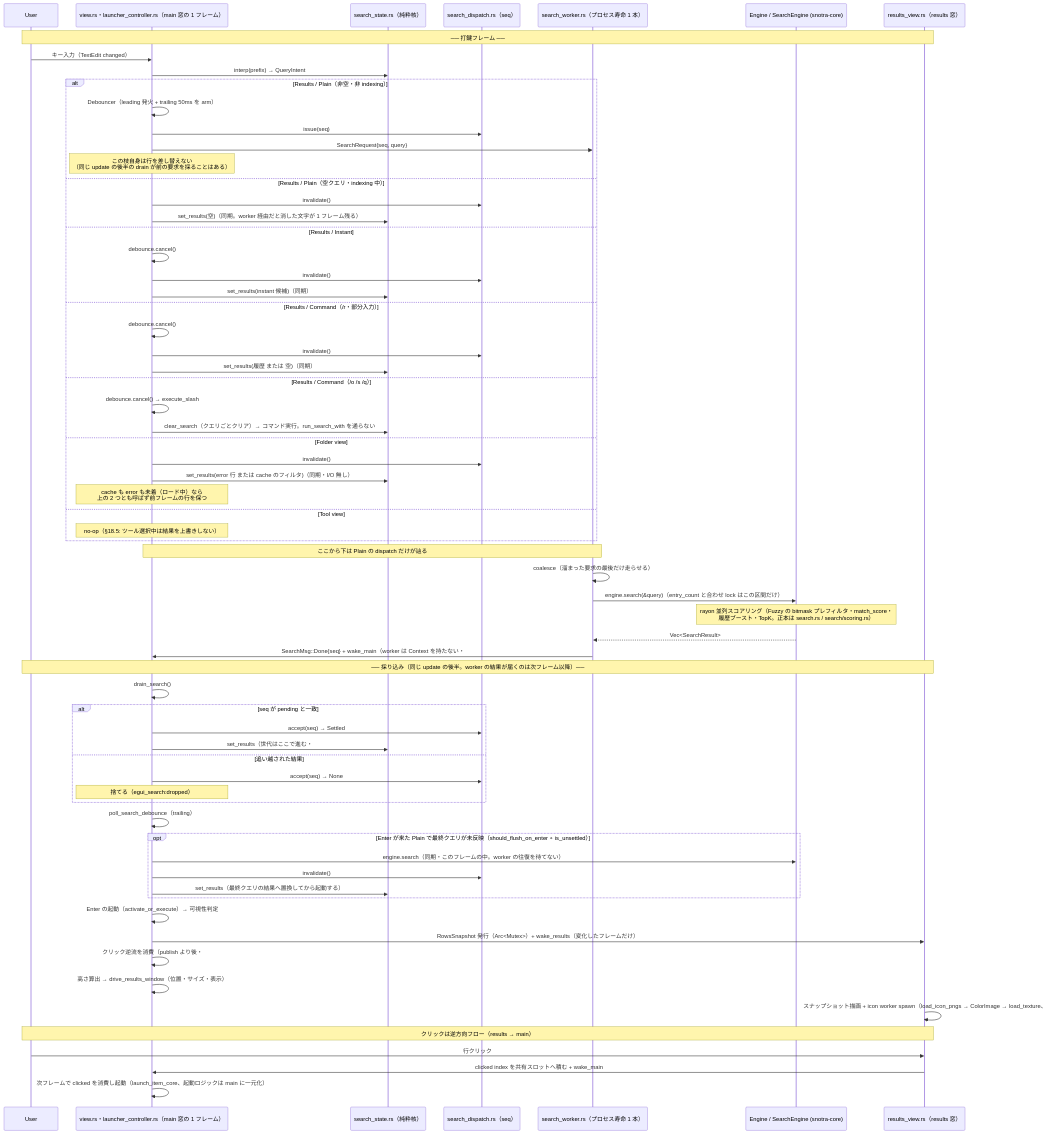
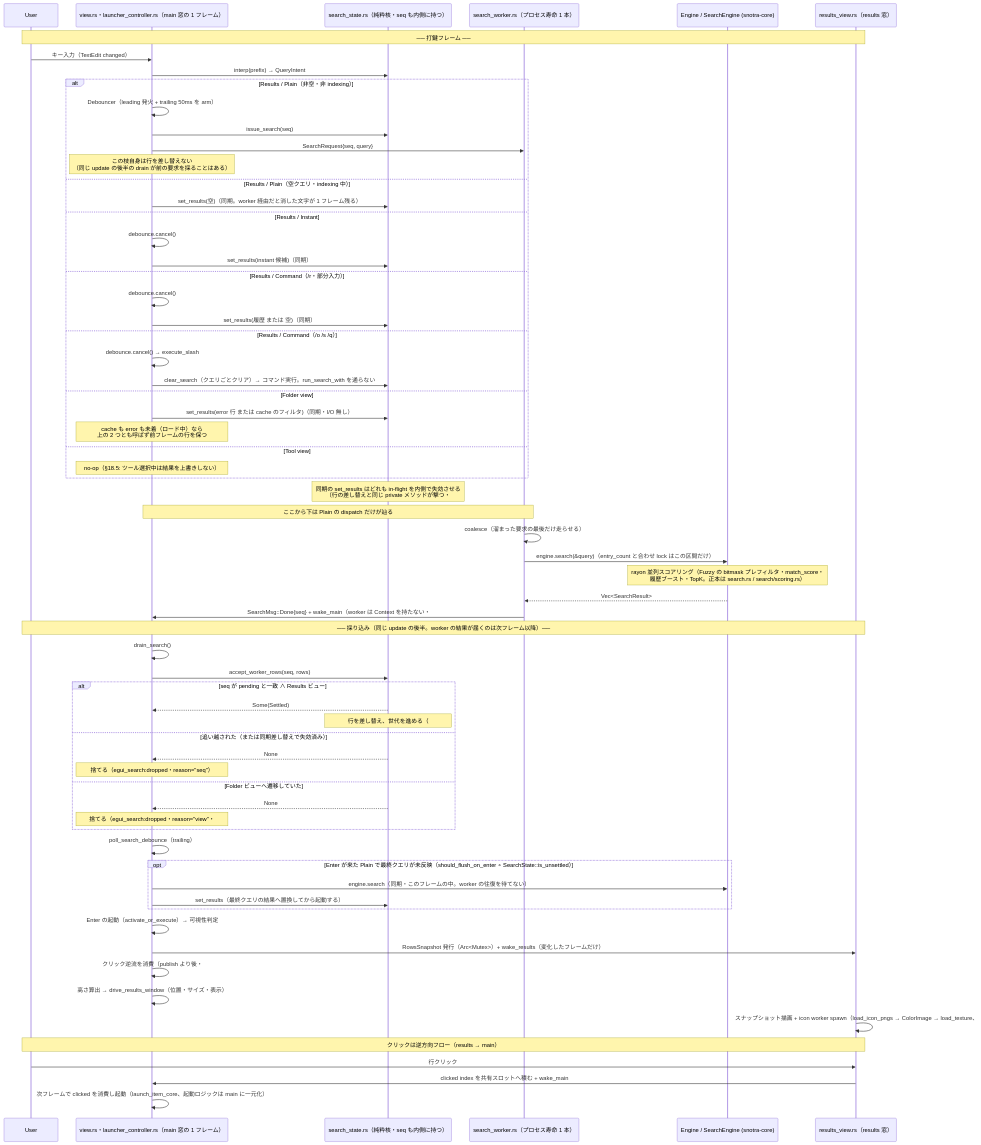
One commit to finelagusaz/Snotra changed the diagram in docs/architecture.md. Above: the diagram before and after it, drawn with Mermaid. The commit also changed other lines of this file and 6 other files, not shown here.

````diff
--- a/docs/architecture.md
+++ b/docs/architecture.md
@@ -153,73 +153,72 @@
 ```mermaid
 sequenceDiagram
     participant User
     participant View as view.rs・launcher_controller.rs（main 窓の 1 フレーム）
-    participant State as search_state.rs（純粋核）
-    participant Disp as search_dispatch.rs（seq）
+    participant State as search_state.rs（純粋核・seq も内側に持つ）
     participant W as search_worker.rs（プロセス寿命 1 本）
     participant Eng as Engine / SearchEngine (snotra-core)
     participant Results as results_view.rs（results 窓）
 
     Note over User,Results: ── 打鍵フレーム ──
     User->>View: キー入力（TextEdit changed）
     View->>State: interp(prefix) → QueryIntent
     alt Results / Plain（非空・非 indexing）
         View->>View: Debouncer（leading 発火 + trailing 50ms を arm）
-        View->>Disp: issue(seq)
+        View->>State: issue_search(seq)
         View->>W: SearchRequest{seq, query}
         Note over View: この枝自身は行を差し替えない<br/>（同じ update の後半の drain が前の要求を採ることはある）
     else Results / Plain（空クエリ・indexing 中）
-        View->>Disp: invalidate()
         View->>State: set_results(空)（同期。worker 経由だと消した文字が 1 フレーム残る）
     else Results / Instant
         View->>View: debounce.cancel()
-        View->>Disp: invalidate()
         View->>State: set_results(instant 候補)（同期）
     else Results / Command（/r・部分入力）
         View->>View: debounce.cancel()
-        View->>Disp: invalidate()
         View->>State: set_results(履歴 または 空)（同期）
     else Results / Command（/o /s /q）
         View->>View: debounce.cancel() → execute_slash
         View->>State: clear_search（クエリごとクリア）→ コマンド実行。run_search_with を通らない
     else Folder view
-        View->>Disp: invalidate()
         View->>State: set_results(error 行 または cache のフィルタ)（同期・I/O 無し）
         Note over View: cache も error も未着（ロード中）なら<br/>上の 2 つとも呼ばず前フレームの行を保つ
     else Tool view
         Note over View: no-op（§18.5: ツール選択中は結果を上書きしない）
     end
+    Note over State: 同期の set_results はどれも in-flight を内側で失効させる<br/>（行の差し替えと同じ private メソッドが撃つ・#1039）
 
     Note over View,W: ここから下は Plain の dispatch だけが辿る
     W->>W: coalesce（溜まった要求の最後だけ走らせる）
     W->>Eng: engine.search(&query)（entry_count と合わせ lock はこの区間だけ）
     Note over Eng: rayon 並列スコアリング（Fuzzy の bitmask プレフィルタ・match_score・<br/>履歴ブースト・TopK。正本は search.rs / search/scoring.rs）
     Eng-->>W: Vec<SearchResult>
     W->>View: SearchMsg::Done{seq} + wake_main（worker は Context を持たない・#671 PR D）
 
     Note over User,Results: ── 採り込み（同じ update の後半。worker の結果が届くのは次フレーム以降）──
     View->>View: drain_search()
-    alt seq が pending と一致
-        View->>Disp: accept(seq) → Settled
-        View->>State: set_results（世代はここで進む・#699）
-    else 追い越された結果
-        View->>Disp: accept(seq) → None
-        Note over View: 捨てる（egui_search:dropped）
+    View->>State: accept_worker_rows(seq, rows)
+    alt seq が pending と一致 ∧ Results ビュー
+        State-->>View: Some(Settled)
+        Note over State: 行を差し替え、世代を進める（#699）
+    else 追い越された（または同期差し替えで失効済み）
+        State-->>View: None
+        Note over View: 捨てる（egui_search:dropped・reason="seq"）
+    else Folder ビューへ遷移していた
+        State-->>View: None
+        Note over View: 捨てる（egui_search:dropped・reason="view"・#1039）<br/>Tool も同じガードが弾くが、enter_tool が先に失効させるので到達しない
     end
     View->>View: poll_search_debounce（trailing）
-    opt Enter が来た Plain で最終クエリが未反映（should_flush_on_enter ∘ is_unsettled）
+    opt Enter が来た Plain で最終クエリが未反映（should_flush_on_enter ∘ SearchState::is_unsettled）
         View->>Eng: engine.search（同期・このフレームの中。worker の往復を待てない）
-        View->>Disp: invalidate()
         View->>State: set_results（最終クエリの結果へ置換してから起動する）
     end
     View->>View: Enter の起動（activate_or_execute）→ 可視性判定
     View->>Results: RowsSnapshot 発行（Arc<Mutex>）+ wake_results（変化したフレームだけ）
     View->>View: クリック逆流を消費（publish より後・#699）
     View->>View: 高さ算出 → drive_results_window（位置・サイズ・表示）
     Results->>Results: スナップショット描画 + icon worker spawn（load_icon_pngs → ColorImage → load_texture、#646 PR2 で view.rs から移管）
 
     Note over User,Results: クリックは逆方向フロー（results → main）
     User->>Results: 行クリック
     Results->>View: clicked index を共有スロットへ積む + wake_main
     View->>View: 次フレームで clicked を消費し起動（launch_item_core、起動ロジックは main に一元化）
 ```
````
